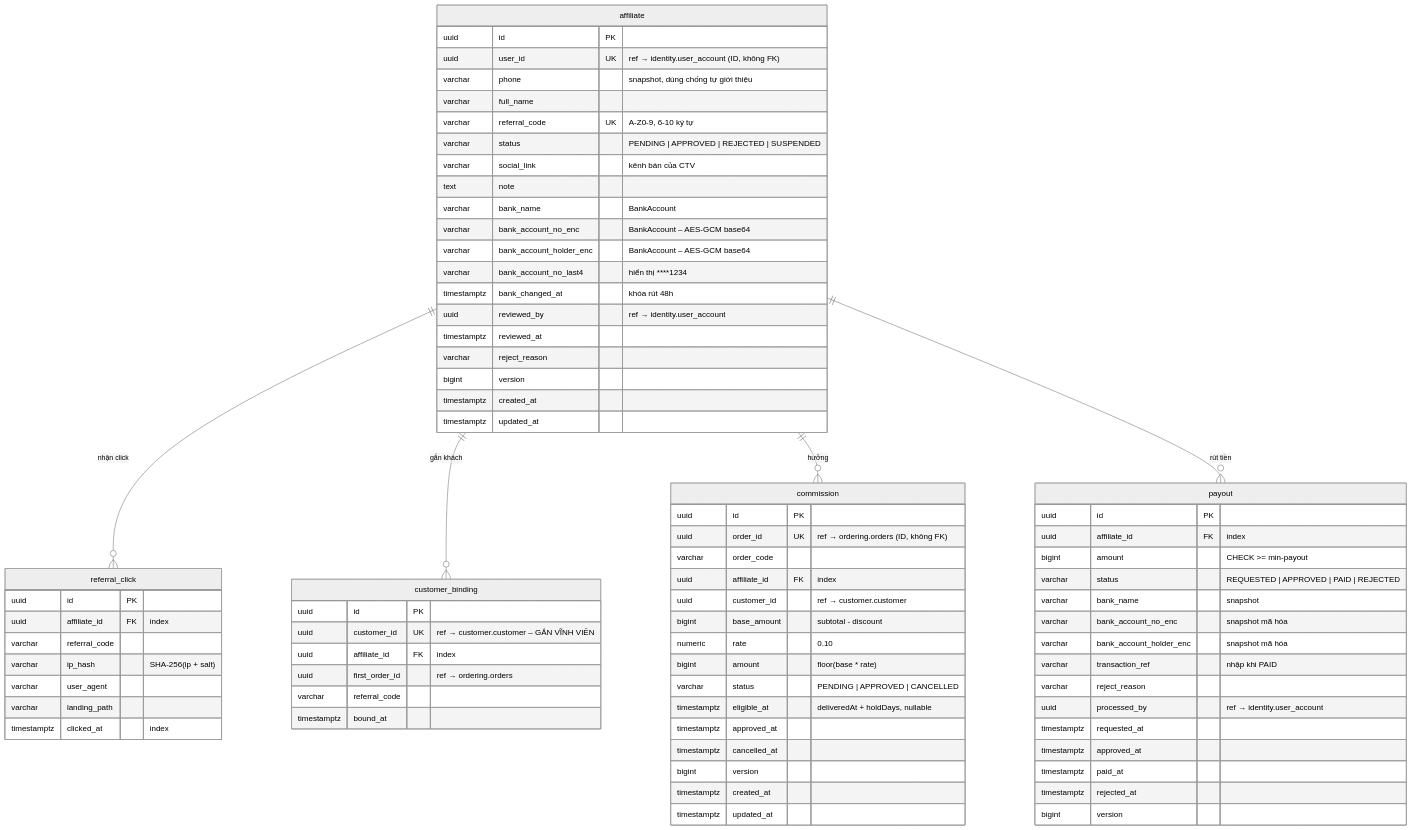
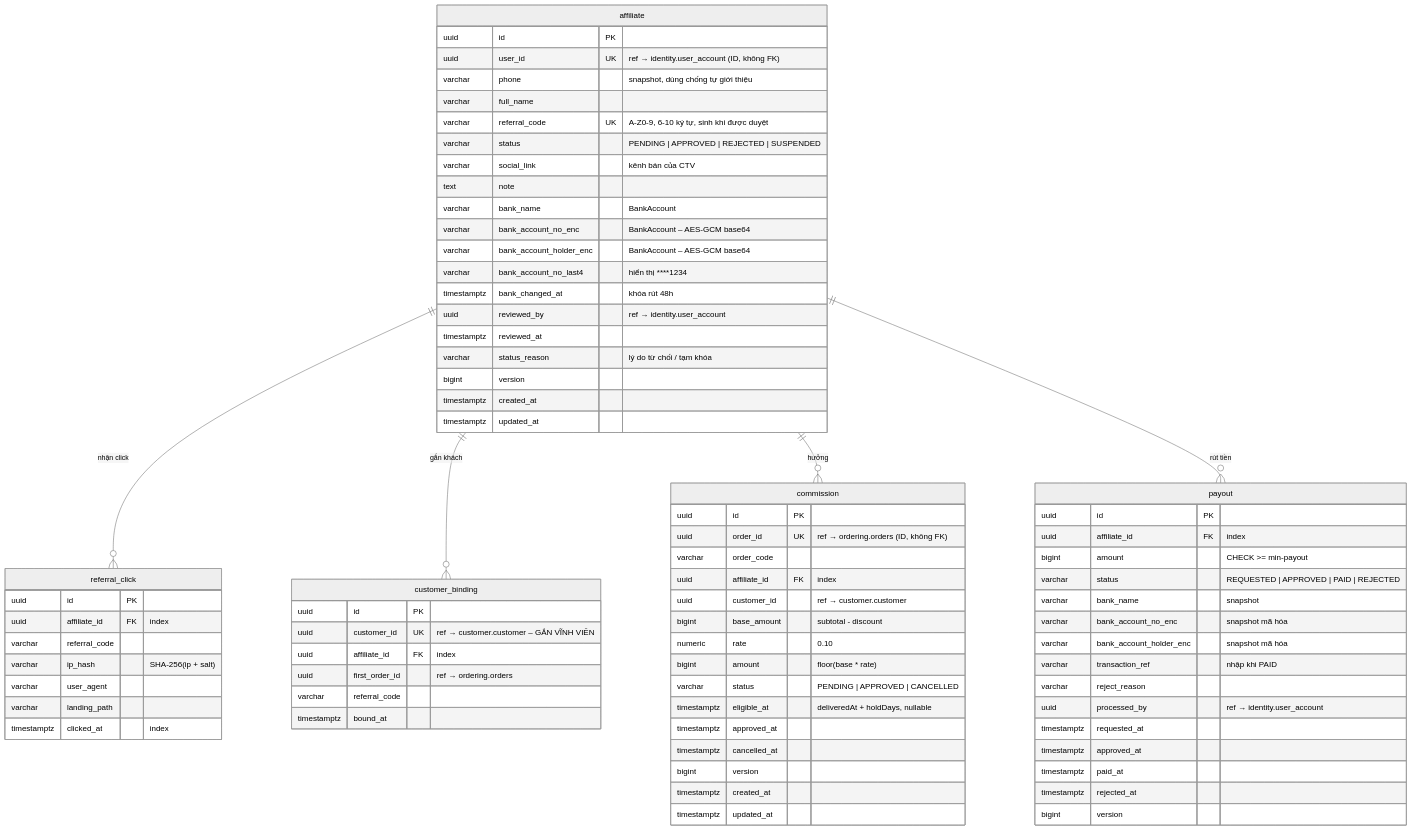
Before and after one commit to Vietnguyen203/Hwingroupweb: the fifth of 6 diagrams in docs/02-erd.md, drawn with Mermaid (neutral theme). The commit also changed 55 other files, not shown here.

```diff
--- a/docs/02-erd.md
+++ b/docs/02-erd.md
@@ -349,7 +349,7 @@
         uuid user_id UK "ref → identity.user_account (ID, không FK)"
         varchar phone "snapshot, dùng chống tự giới thiệu"
         varchar full_name
-        varchar referral_code UK "A-Z0-9, 6-10 ký tự"
+        varchar referral_code UK "A-Z0-9, 6-10 ký tự, sinh khi được duyệt"
         varchar status "PENDING | APPROVED | REJECTED | SUSPENDED"
         varchar social_link "kênh bán của CTV"
         text note
@@ -360,7 +360,7 @@
         timestamptz bank_changed_at "khóa rút 48h"
         uuid reviewed_by "ref → identity.user_account"
         timestamptz reviewed_at
-        varchar reject_reason
+        varchar status_reason "lý do từ chối / tạm khóa"
         bigint version
         timestamptz created_at
         timestamptz updated_at
```
